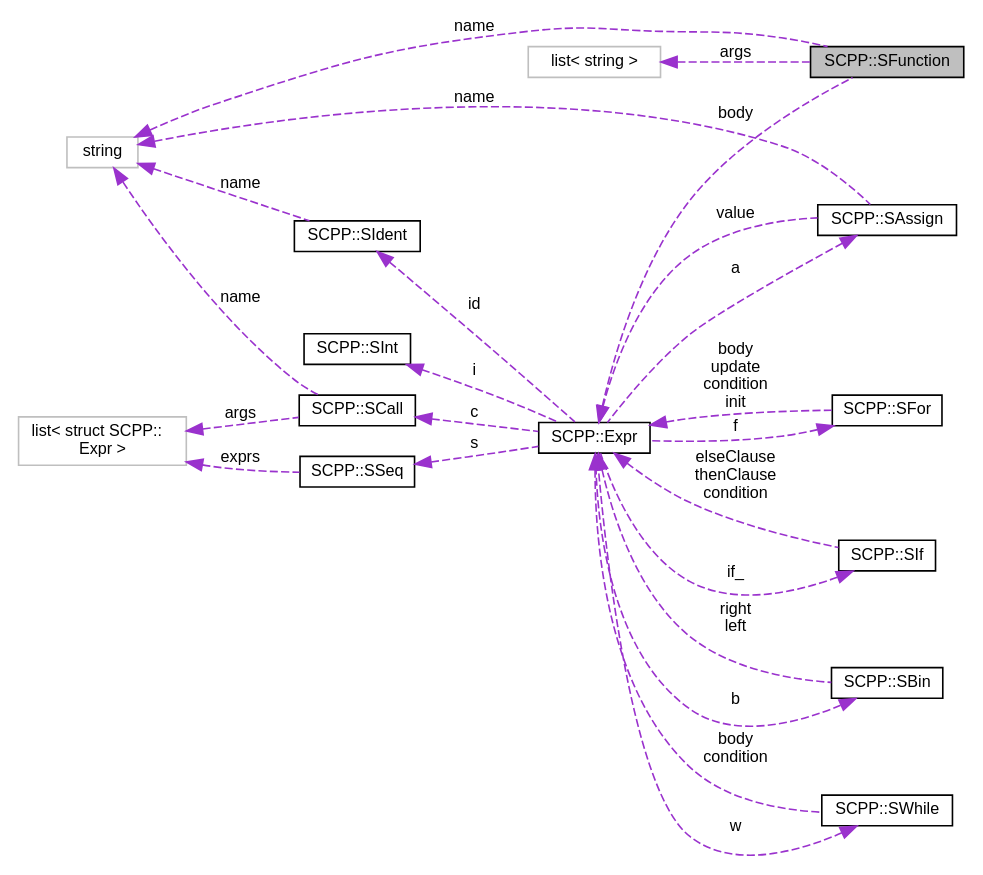
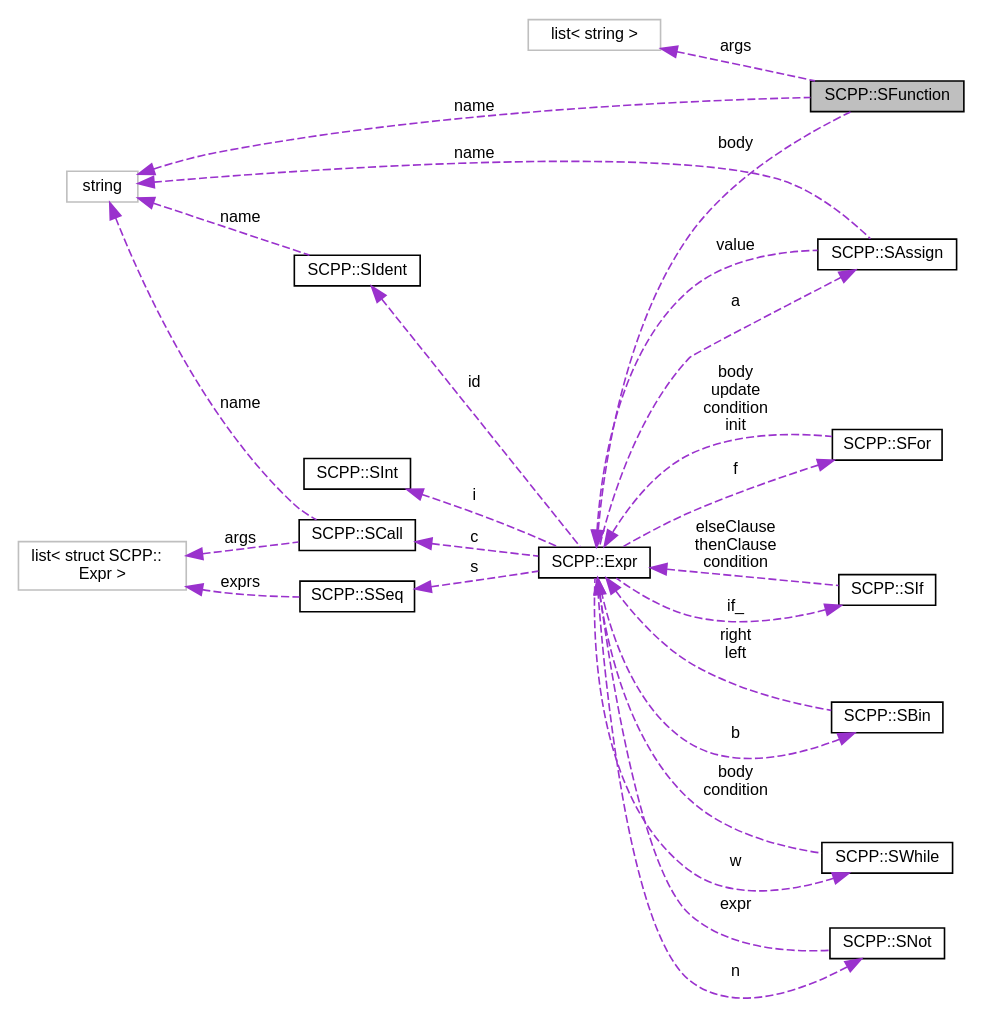
Before and after one commit to HiroKoni/scpp: the diagram in docs/structSCPP_1_1SFunction__coll__graph.dot, drawn with Graphviz. The commit also changed 34 other files, not shown here.

```diff
--- a/docs/structSCPP_1_1SFunction__coll__graph.dot
+++ b/docs/structSCPP_1_1SFunction__coll__graph.dot
@@ -1,43 +1,46 @@
 digraph "SCPP::SFunction"
 {
  // LATEX_PDF_SIZE
   edge [fontname="Helvetica",fontsize="10",labelfontname="Helvetica",labelfontsize="10"];
   node [fontname="Helvetica",fontsize="10",shape=record];
   rankdir="LR";
   Node1 [label="SCPP::SFunction",height=0.2,width=0.4,color="black", fillcolor="grey75", style="filled", fontcolor="black",tooltip=" "];
   Node2 -> Node1 [dir="back",color="darkorchid3",fontsize="10",style="dashed",label=" args" ,fontname="Helvetica"];
   Node2 [label="list\< string \>",height=0.2,width=0.4,color="grey75", fillcolor="white", style="filled",tooltip=" "];
   Node3 -> Node1 [dir="back",color="darkorchid3",fontsize="10",style="dashed",label=" name" ,fontname="Helvetica"];
   Node3 [label="string",height=0.2,width=0.4,color="grey75", fillcolor="white", style="filled",tooltip=" "];
   Node4 -> Node1 [dir="back",color="darkorchid3",fontsize="10",style="dashed",label=" body" ,fontname="Helvetica"];
   Node4 [label="SCPP::Expr",height=0.2,width=0.4,color="black", fillcolor="white", style="filled",URL="$structSCPP_1_1Expr.html",tooltip="式を表す構造体"];
   Node5 -> Node4 [dir="back",color="darkorchid3",fontsize="10",style="dashed",label=" f" ,fontname="Helvetica"];
   Node5 [label="SCPP::SFor",height=0.2,width=0.4,color="black", fillcolor="white", style="filled",URL="$structSCPP_1_1SFor.html",tooltip=" "];
   Node4 -> Node5 [dir="back",color="darkorchid3",fontsize="10",style="dashed",label=" body\nupdate\ncondition\ninit" ,fontname="Helvetica"];
   Node6 -> Node4 [dir="back",color="darkorchid3",fontsize="10",style="dashed",label=" if_" ,fontname="Helvetica"];
   Node6 [label="SCPP::SIf",height=0.2,width=0.4,color="black", fillcolor="white", style="filled",URL="$structSCPP_1_1SIf.html",tooltip=" "];
   Node4 -> Node6 [dir="back",color="darkorchid3",fontsize="10",style="dashed",label=" elseClause\nthenClause\ncondition" ,fontname="Helvetica"];
   Node7 -> Node4 [dir="back",color="darkorchid3",fontsize="10",style="dashed",label=" b" ,fontname="Helvetica"];
   Node7 [label="SCPP::SBin",height=0.2,width=0.4,color="black", fillcolor="white", style="filled",URL="$structSCPP_1_1SBin.html",tooltip=" "];
   Node4 -> Node7 [dir="back",color="darkorchid3",fontsize="10",style="dashed",label=" right\nleft" ,fontname="Helvetica"];
   Node8 -> Node4 [dir="back",color="darkorchid3",fontsize="10",style="dashed",label=" id" ,fontname="Helvetica"];
   Node8 [label="SCPP::SIdent",height=0.2,width=0.4,color="black", fillcolor="white", style="filled",URL="$structSCPP_1_1SIdent.html",tooltip=" "];
   Node3 -> Node8 [dir="back",color="darkorchid3",fontsize="10",style="dashed",label=" name" ,fontname="Helvetica"];
   Node9 -> Node4 [dir="back",color="darkorchid3",fontsize="10",style="dashed",label=" w" ,fontname="Helvetica"];
   Node9 [label="SCPP::SWhile",height=0.2,width=0.4,color="black", fillcolor="white", style="filled",URL="$structSCPP_1_1SWhile.html",tooltip=" "];
   Node4 -> Node9 [dir="back",color="darkorchid3",fontsize="10",style="dashed",label=" body\ncondition" ,fontname="Helvetica"];
   Node10 -> Node4 [dir="back",color="darkorchid3",fontsize="10",style="dashed",label=" s" ,fontname="Helvetica"];
   Node10 [label="SCPP::SSeq",height=0.2,width=0.4,color="black", fillcolor="white", style="filled",URL="$structSCPP_1_1SSeq.html",tooltip=" "];
   Node11 -> Node10 [dir="back",color="darkorchid3",fontsize="10",style="dashed",label=" exprs" ,fontname="Helvetica"];
   Node11 [label="list\< struct SCPP::\lExpr \>",height=0.2,width=0.4,color="grey75", fillcolor="white", style="filled",tooltip=" "];
   Node12 -> Node4 [dir="back",color="darkorchid3",fontsize="10",style="dashed",label=" i" ,fontname="Helvetica"];
   Node12 [label="SCPP::SInt",height=0.2,width=0.4,color="black", fillcolor="white", style="filled",URL="$structSCPP_1_1SInt.html",tooltip=" "];
-  Node13 -> Node4 [dir="back",color="darkorchid3",fontsize="10",style="dashed",label=" a" ,fontname="Helvetica"];
-  Node13 [label="SCPP::SAssign",height=0.2,width=0.4,color="black", fillcolor="white", style="filled",URL="$structSCPP_1_1SAssign.html",tooltip=" "];
-  Node3 -> Node13 [dir="back",color="darkorchid3",fontsize="10",style="dashed",label=" name" ,fontname="Helvetica"];
-  Node4 -> Node13 [dir="back",color="darkorchid3",fontsize="10",style="dashed",label=" value" ,fontname="Helvetica"];
-  Node14 -> Node4 [dir="back",color="darkorchid3",fontsize="10",style="dashed",label=" c" ,fontname="Helvetica"];
-  Node14 [label="SCPP::SCall",height=0.2,width=0.4,color="black", fillcolor="white", style="filled",URL="$structSCPP_1_1SCall.html",tooltip=" "];
-  Node11 -> Node14 [dir="back",color="darkorchid3",fontsize="10",style="dashed",label=" args" ,fontname="Helvetica"];
+  Node13 -> Node4 [dir="back",color="darkorchid3",fontsize="10",style="dashed",label=" n" ,fontname="Helvetica"];
+  Node13 [label="SCPP::SNot",height=0.2,width=0.4,color="black", fillcolor="white", style="filled",URL="$structSCPP_1_1SNot.html",tooltip=" "];
+  Node4 -> Node13 [dir="back",color="darkorchid3",fontsize="10",style="dashed",label=" expr" ,fontname="Helvetica"];
+  Node14 -> Node4 [dir="back",color="darkorchid3",fontsize="10",style="dashed",label=" a" ,fontname="Helvetica"];
+  Node14 [label="SCPP::SAssign",height=0.2,width=0.4,color="black", fillcolor="white", style="filled",URL="$structSCPP_1_1SAssign.html",tooltip=" "];
   Node3 -> Node14 [dir="back",color="darkorchid3",fontsize="10",style="dashed",label=" name" ,fontname="Helvetica"];
+  Node4 -> Node14 [dir="back",color="darkorchid3",fontsize="10",style="dashed",label=" value" ,fontname="Helvetica"];
+  Node15 -> Node4 [dir="back",color="darkorchid3",fontsize="10",style="dashed",label=" c" ,fontname="Helvetica"];
+  Node15 [label="SCPP::SCall",height=0.2,width=0.4,color="black", fillcolor="white", style="filled",URL="$structSCPP_1_1SCall.html",tooltip=" "];
+  Node11 -> Node15 [dir="back",color="darkorchid3",fontsize="10",style="dashed",label=" args" ,fontname="Helvetica"];
+  Node3 -> Node15 [dir="back",color="darkorchid3",fontsize="10",style="dashed",label=" name" ,fontname="Helvetica"];
 }
```
